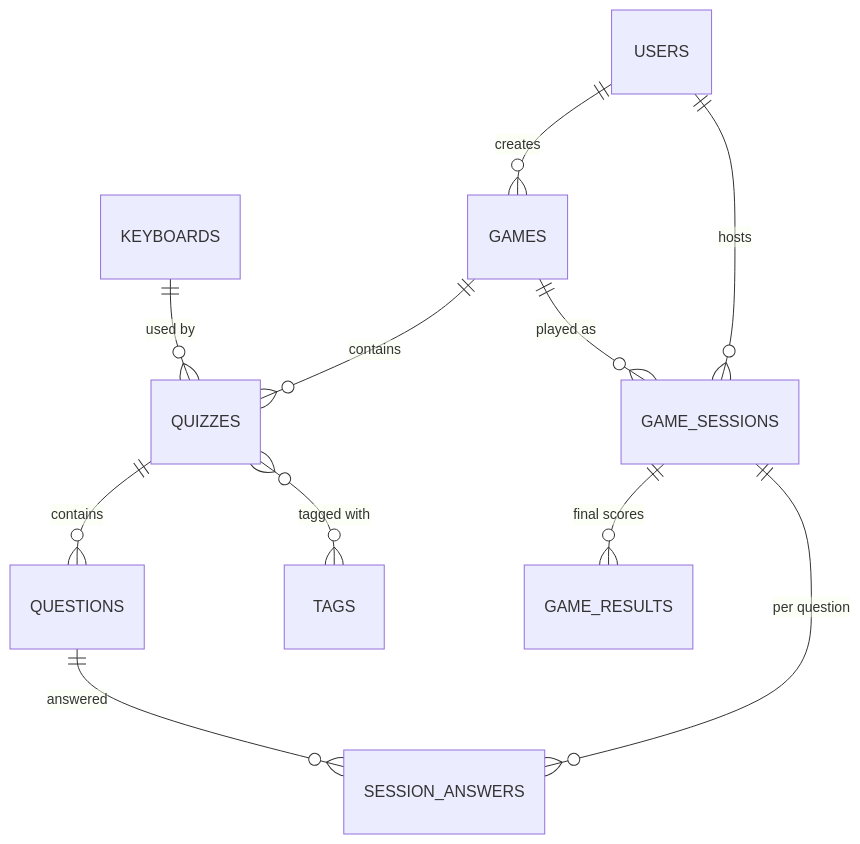
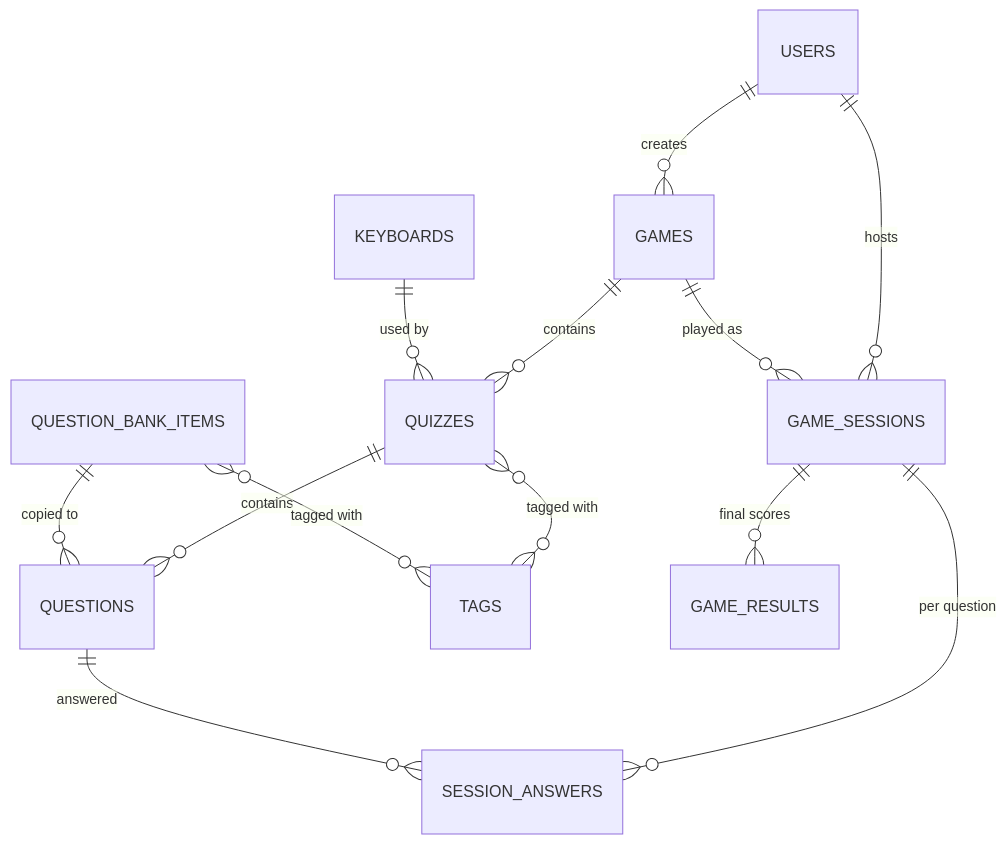
One commit to nghiadvt/thay-dat-chemistry-learning changed the diagram in docs/DATA_MODEL.md. Above: the diagram before and after it, drawn with Mermaid. The commit also changed other lines of this file and 50 other files, not shown here.

````diff
--- a/docs/DATA_MODEL.md
+++ b/docs/DATA_MODEL.md
@@ -12,13 +12,15 @@
 ```mermaid
 erDiagram
   USERS ||--o{ GAMES : creates
   USERS ||--o{ GAME_SESSIONS : hosts
   GAMES ||--o{ QUIZZES : contains
   KEYBOARDS ||--o{ QUIZZES : "used by"
   QUIZZES ||--o{ QUESTIONS : contains
   QUIZZES }o--o{ TAGS : "tagged with"
+  QUESTION_BANK_ITEMS }o--o{ TAGS : "tagged with"
+  QUESTION_BANK_ITEMS ||--o{ QUESTIONS : "copied to"
   GAMES ||--o{ GAME_SESSIONS : "played as"
   GAME_SESSIONS ||--o{ GAME_RESULTS : "final scores"
   GAME_SESSIONS ||--o{ SESSION_ANSWERS : "per question"
   QUESTIONS ||--o{ SESSION_ANSWERS : answered
 ```
````
